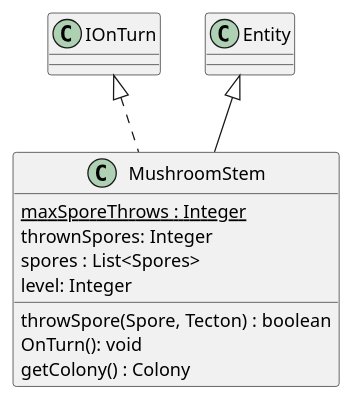
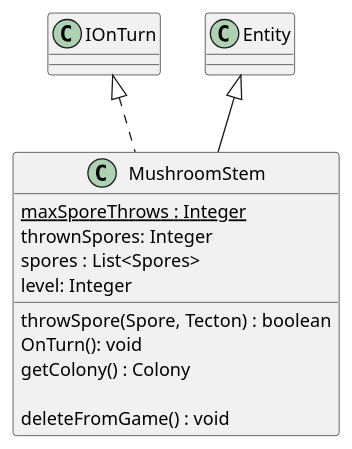
One commit to Petya-G/fungorium changed the diagram in 3/classes/mushroomStem.puml. Above: the diagram before and after it, drawn with PlantUML. The commit also changed 1 other file, not shown here.

Commit message:
# remove stem if too many spores were thrown

```diff
--- a/3/classes/mushroomStem.puml
+++ b/3/classes/mushroomStem.puml
@@ -1,15 +1,18 @@
 @startuml mushroomStem
 
 IOnTurn <|.. MushroomStem
 'IOnRound <|.. MushroomStem
 Entity <|-- MushroomStem 
 class MushroomStem{
     {static} maxSporeThrows : Integer
     thrownSpores: Integer
     spores : List<Spores>
     level: Integer
     throwSpore(Spore, Tecton) : boolean
     OnTurn(): void
     getColony() : Colony
+
+    deleteFromGame() : void
+    ' remove this stem from tecton and from owner player's list
 }
 @enduml
```
